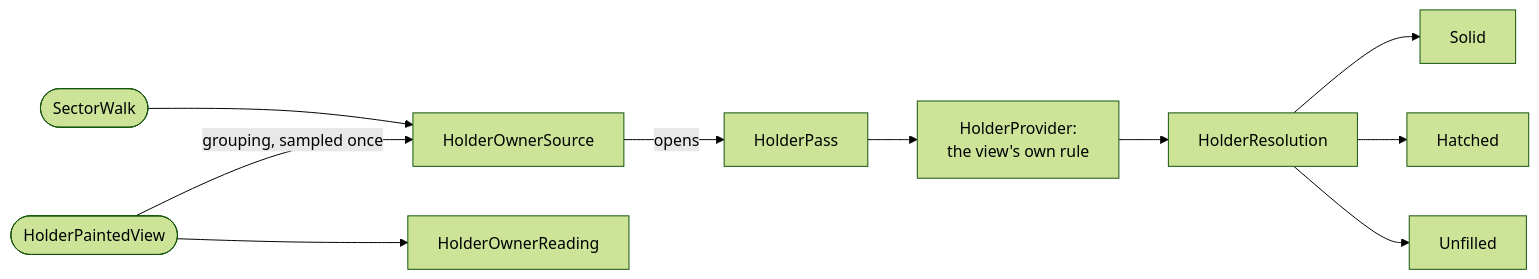
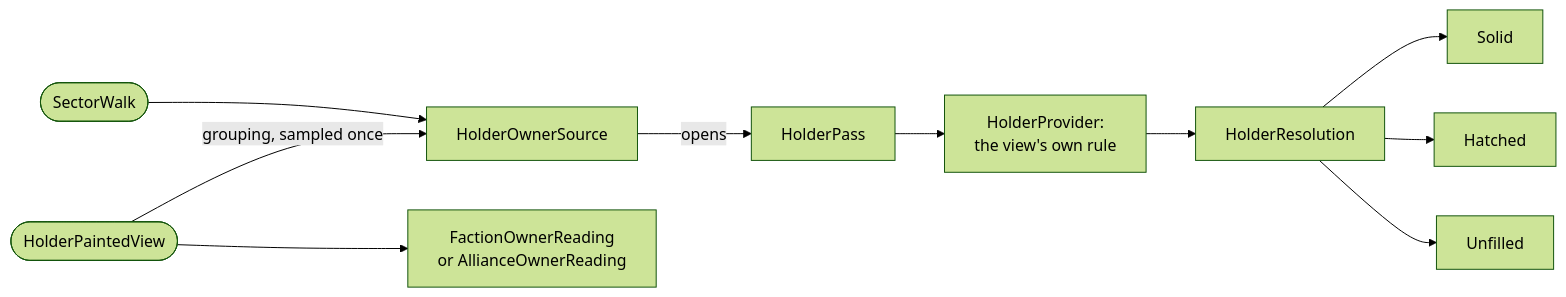
One commit to Klark-Morrigan/Starsector-Mod-KMU changed the diagram in src/main/java/kmu/maplayers/ownermap/owners/holders/README.md. Above: the diagram before and after it, drawn with Mermaid (forest theme). The commit also changed other lines of this file and 507 other files, not shown here.

````diff
--- a/src/main/java/kmu/maplayers/ownermap/owners/holders/README.md
+++ b/src/main/java/kmu/maplayers/ownermap/owners/holders/README.md
@@ -23,12 +28,12 @@
 ```mermaid
 flowchart LR
     V([HolderPaintedView]) -->|grouping, sampled once| S[HolderOwnerSource]
-    V --> R[HolderOwnerReading]
+    V --> R[FactionOwnerReading<br/>or AllianceOwnerReading]
     W([SectorWalk]) --> S
     S -->|opens| P[HolderPass]
     P --> H[HolderProvider:<br/>the view's own rule]
     H --> HR[HolderResolution]
     HR --> Solid
     HR --> Hatched
     HR --> Unfilled
 ```
````
